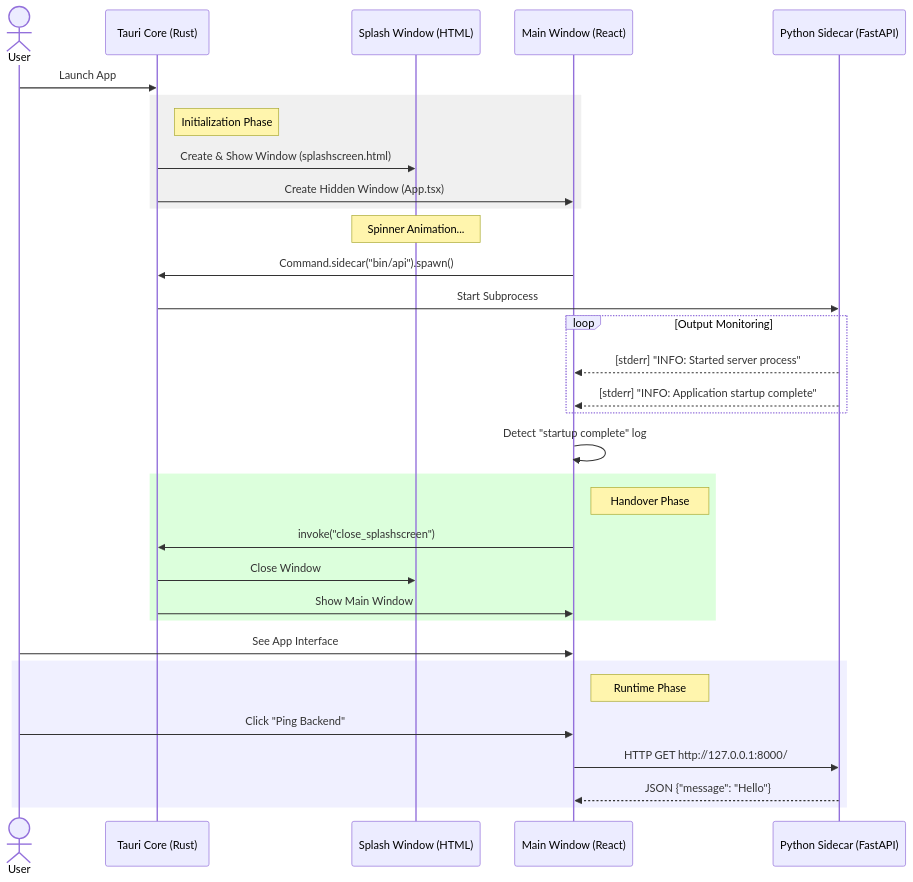
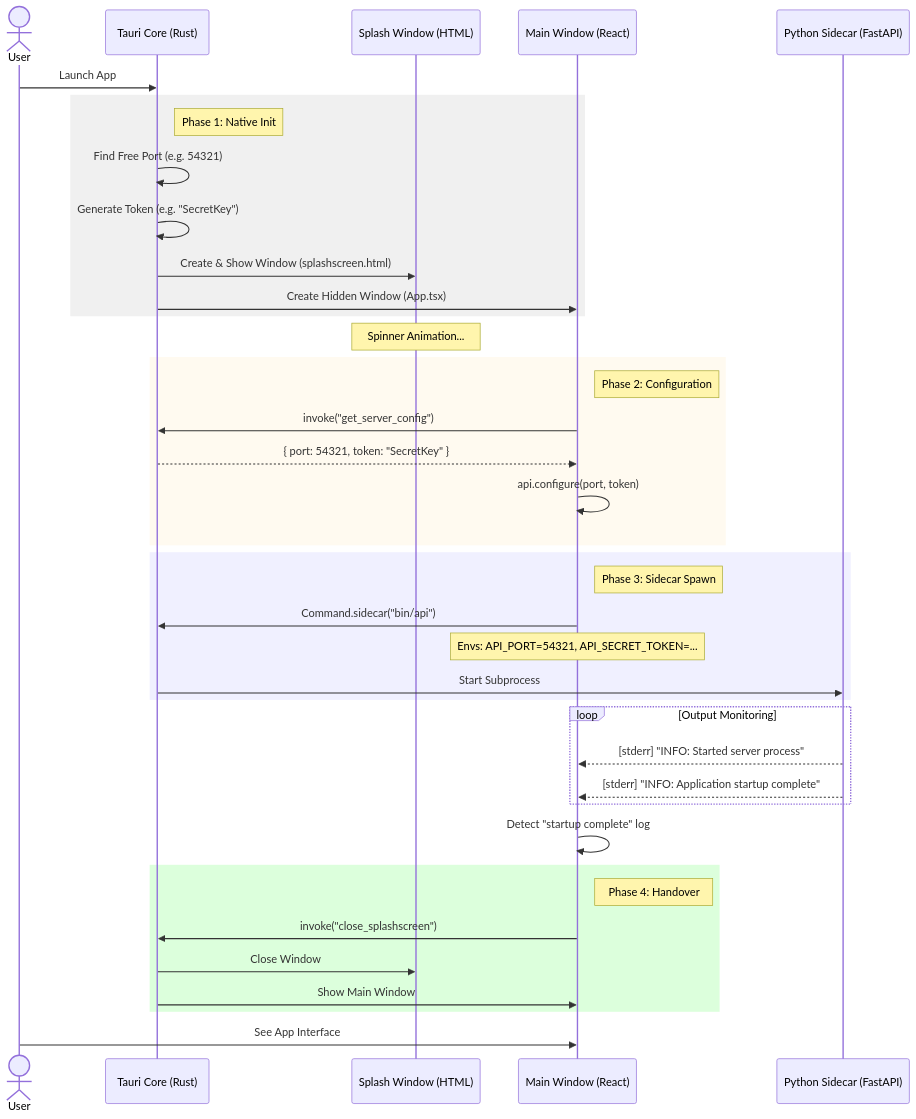
Before and after one commit to MuhammadShamim/PersonalCloudApplication: the first of 2 diagrams in docs/design/architecture.md, drawn with Mermaid. The commit also changed other lines of this file and 6 other files, not shown here.

Commit message:
Enhance documentation and modularize architecture; implement server configuration commands and state management in Rust core

````diff
--- a/docs/design/architecture.md
+++ b/docs/design/architecture.md
@@ -19,44 +35,50 @@
 ```mermaid
 sequenceDiagram
     actor User
     participant Rust as Tauri Core (Rust)
     participant Splash as Splash Window (HTML)
     participant React as Main Window (React)
     participant Python as Python Sidecar (FastAPI)
 
     User->>Rust: Launch App
     
     rect rgb(240, 240, 240)
-        note right of Rust: Initialization Phase
+        note right of Rust: Phase 1: Native Init
+        Rust->>Rust: Find Free Port (e.g. 54321)
+        Rust->>Rust: Generate Token (e.g. "SecretKey")
         Rust->>Splash: Create & Show Window (splashscreen.html)
         Rust->>React: Create Hidden Window (App.tsx)
     end
     
     Note over Splash: Spinner Animation...
 
-    React->>Rust: Command.sidecar("bin/api").spawn()
-    Rust->>Python: Start Subprocess
+    rect rgb(255, 250, 240)
+        note right of React: Phase 2: Configuration
+        React->>Rust: invoke("get_server_config")
+        Rust-->>React: { port: 54321, token: "SecretKey" }
+        React->>React: api.configure(port, token)
+    end
+
+    rect rgb(240, 240, 255)
+        note right of React: Phase 3: Sidecar Spawn
+        React->>Rust: Command.sidecar("bin/api")
+        Note over React: Envs: API_PORT=54321, API_SECRET_TOKEN=...
+        Rust->>Python: Start Subprocess
+    end
     
     loop Output Monitoring
         Python-->>React: [stderr] "INFO: Started server process"
         Python-->>React: [stderr] "INFO: Application startup complete"
     end
 
     React->>React: Detect "startup complete" log
     
     rect rgb(220, 255, 220)
-        note right of React: Handover Phase
+        note right of React: Phase 4: Handover
         React->>Rust: invoke("close_splashscreen")
         Rust->>Splash: Close Window
         Rust->>React: Show Main Window
     end
     
     User->>React: See App Interface
-    
-    rect rgb(240, 240, 255)
-        note right of React: Runtime Phase
-        User->>React: Click "Ping Backend"
-        React->>Python: HTTP GET http://127.0.0.1:8000/
-        Python-->>React: JSON {"message": "Hello"}
-    end
 ```
````
